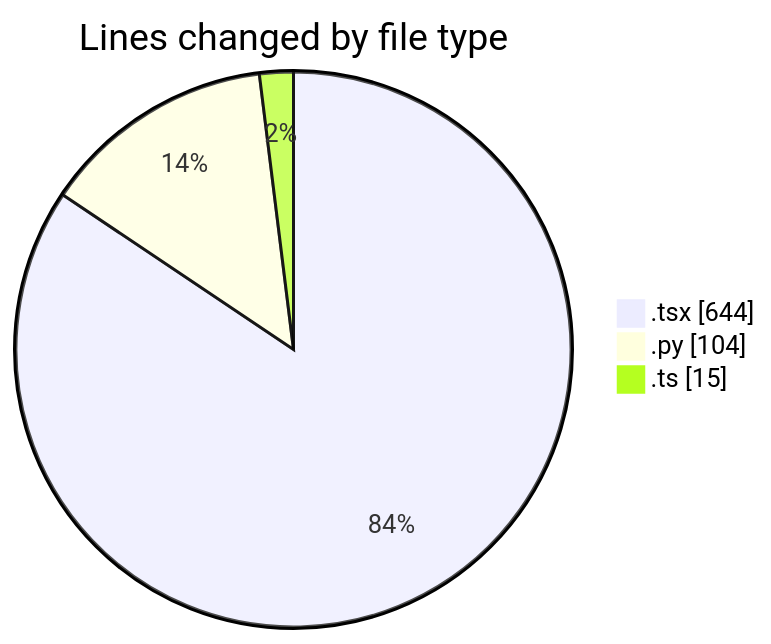
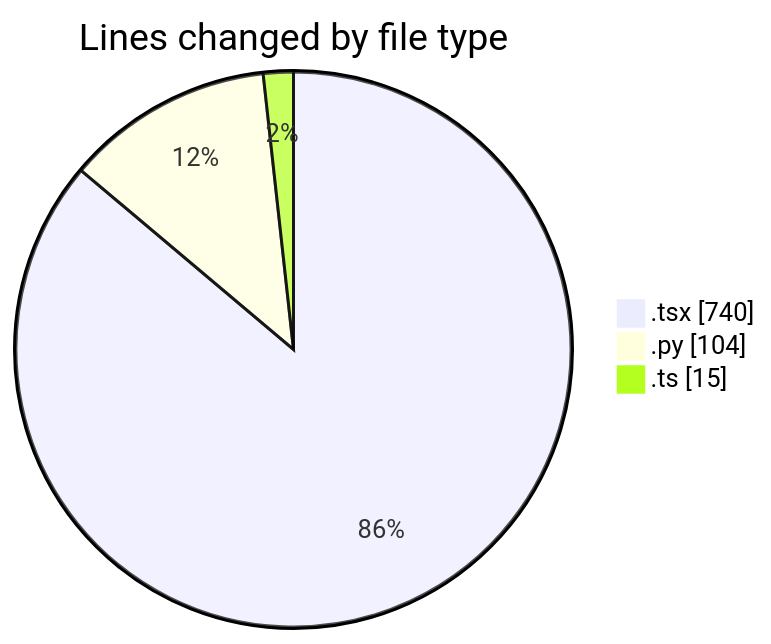
Before and after one commit to Ritupan-Deka/code-tracking: the first of 2 diagrams in 2025-06-24/scopecraft/README.md, drawn with Mermaid. The commit also changed other lines of this file and 1 other file, not shown here.

````diff
--- a/2025-06-24/scopecraft/README.md
+++ b/2025-06-24/scopecraft/README.md
@@ -29,7 +30,7 @@
 ```mermaid
 pie showData
 title Lines changed by file type
-".tsx" : 644
+".tsx" : 740
 ".py" : 104
 ".ts" : 15
 ```
````
